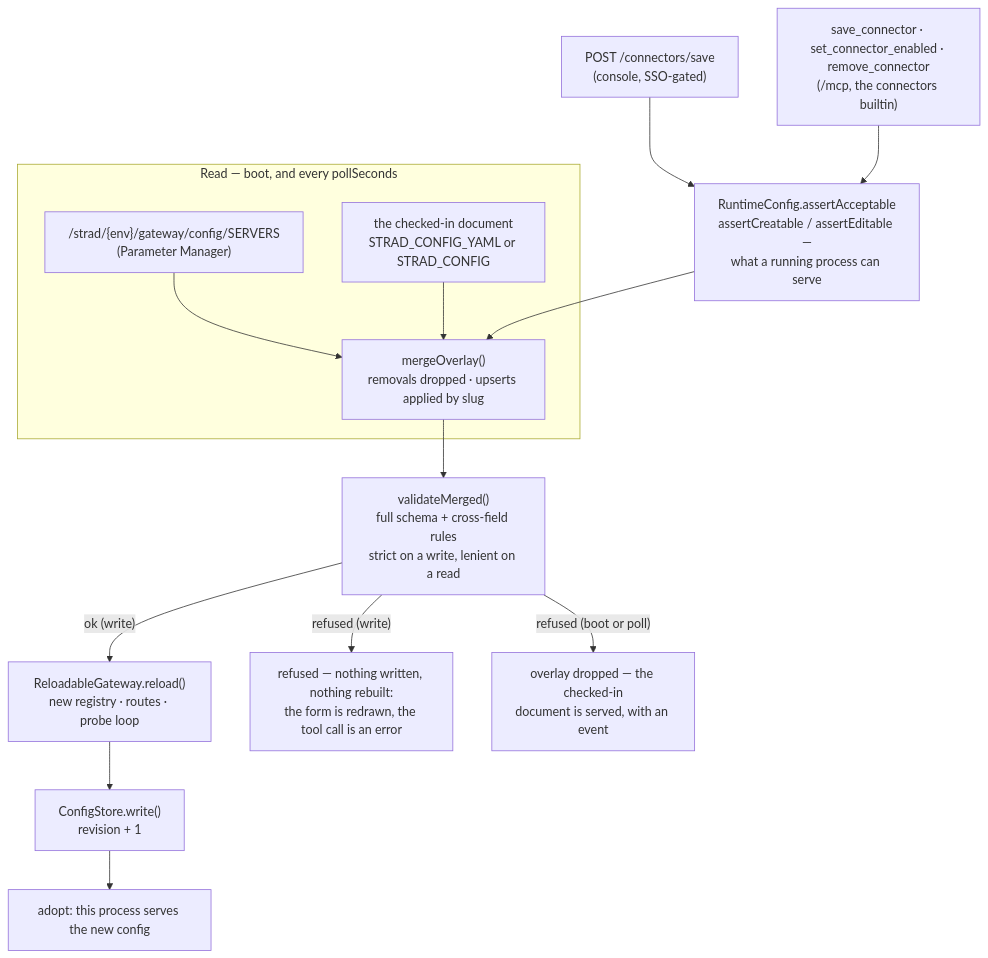
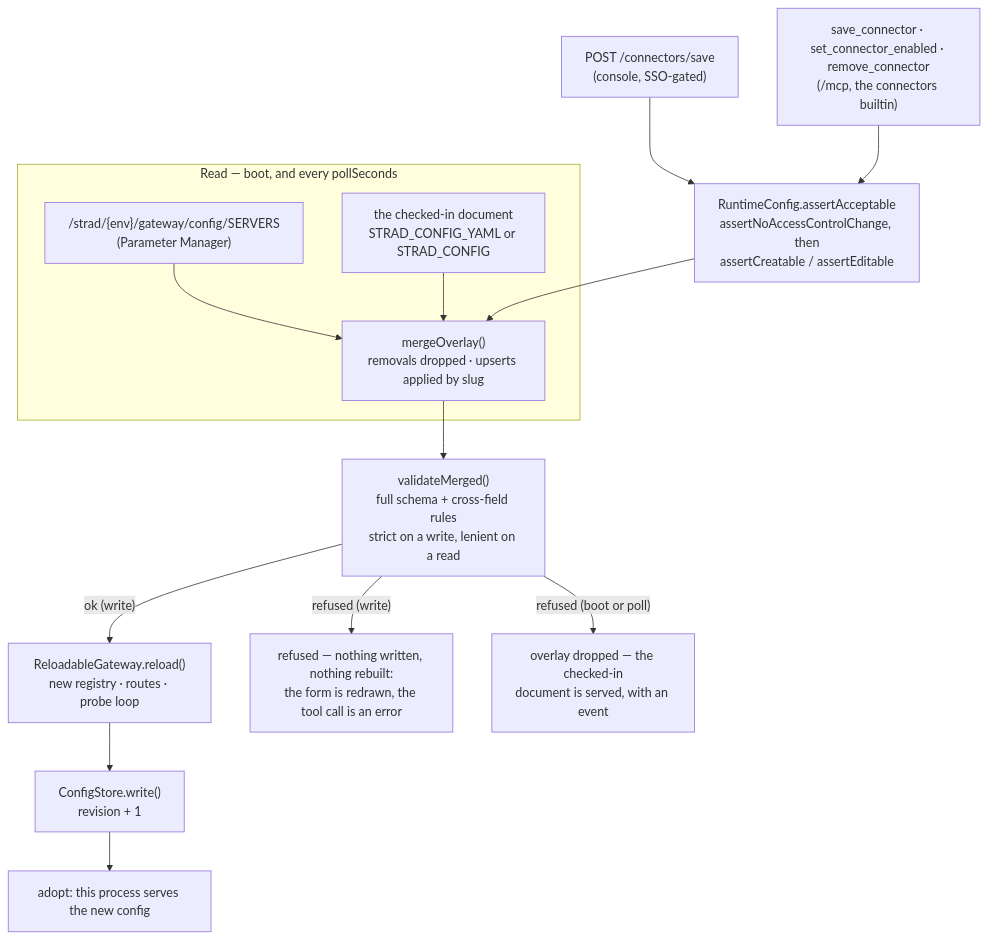
The diagram in docs/src/content/docs/operate/runtime-config.md (tadasant/strad), drawn with Mermaid before and after one commit. The commit also changed other lines of this file and 14 other files, not shown here.

````diff
--- a/docs/src/content/docs/operate/runtime-config.md
+++ b/docs/src/content/docs/operate/runtime-config.md
@@ -147,28 +147,28 @@
 ```mermaid
 flowchart TB
     subgraph read["Read — boot, and every pollSeconds"]
         PM["/strad/{env}/gateway/config/SERVERS<br/>(Parameter Manager)"]
         FILE["the checked-in document<br/>STRAD_CONFIG_YAML or STRAD_CONFIG"]
         MERGE["mergeOverlay()<br/>removals dropped · upserts applied by slug"]
         PM --> MERGE
         FILE --> MERGE
     end
 
     SAVE["POST /connectors/save<br/>(console, SSO-gated)"]
     TOOL["save_connector · set_connector_enabled · remove_connector<br/>(/mcp, the connectors builtin)"]
-    CREATE["RuntimeConfig.assertAcceptable<br/>assertCreatable / assertEditable —<br/>what a running process can serve"]
+    CREATE["RuntimeConfig.assertAcceptable<br/>assertNoAccessControlChange, then<br/>assertCreatable / assertEditable"]
     VAL["validateMerged()<br/>full schema + cross-field rules<br/>strict on a write, lenient on a read"]
     BUILD["ReloadableGateway.reload()<br/>new registry · routes · probe loop"]
     WRITE["ConfigStore.write()<br/>revision + 1"]
     ADOPT["adopt: this process serves the new config"]
     REFUSE["refused — nothing written, nothing rebuilt:<br/>the form is redrawn, the tool call is an error"]
     DROP["overlay dropped — the checked-in<br/>document is served, with an event"]
 
     SAVE --> CREATE
     TOOL --> CREATE
     CREATE --> MERGE
     MERGE --> VAL
     VAL -->|"ok (write)"| BUILD --> WRITE --> ADOPT
     VAL -->|"refused (write)"| REFUSE
     VAL -->|"refused (boot or poll)"| DROP
 ```
````
